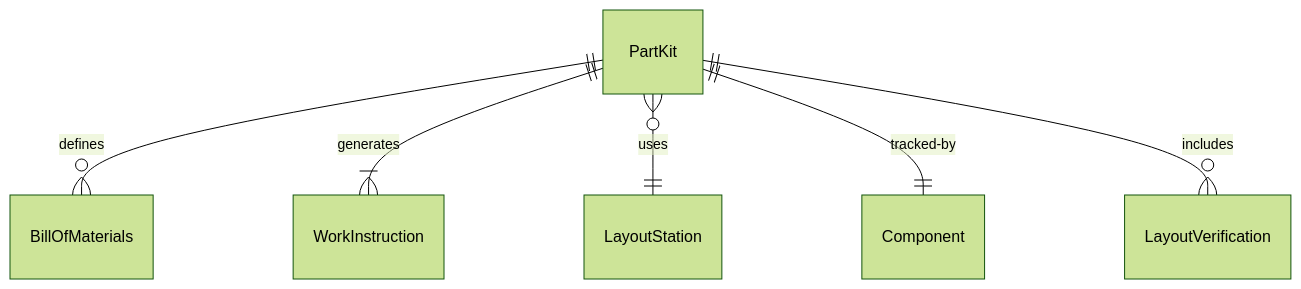
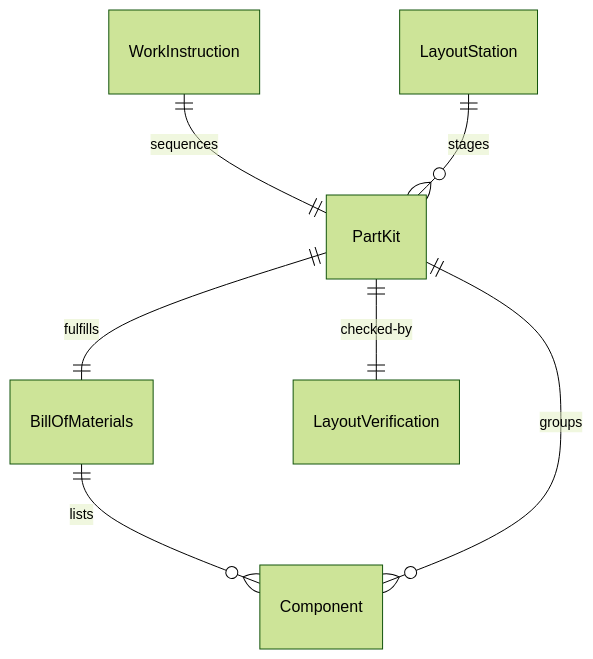
Before and after one commit to dot-org-ai/tasks.org.ai: the first of 4 diagrams in HandlingAndMovingObjects/PositionMaterialsOrComponentsForAssembly/LayOutPartsPrepareAssembly.mdx, drawn with Mermaid (forest theme). The commit also changed other lines of this file and 515 other files, not shown here.

````diff
--- a/HandlingAndMovingObjects/PositionMaterialsOrComponentsForAssembly/LayOutPartsPrepareAssembly.mdx
+++ b/HandlingAndMovingObjects/PositionMaterialsOrComponentsForAssembly/LayOutPartsPrepareAssembly.mdx
@@ -87,8 +87,9 @@
 ```mermaid
 erDiagram
-    PartKit ||--o{ BillOfMaterials : "defines"
-    PartKit ||--|{ WorkInstruction : "generates"
-    PartKit }o--|| LayoutStation : "uses"
-    PartKit ||--|| Component : "tracked-by"
-    PartKit ||--o{ LayoutVerification : "includes"
+    BillOfMaterials ||--o{ Component : "lists"
+    PartKit ||--o{ Component : "groups"
+    PartKit ||--|| BillOfMaterials : "fulfills"
+    WorkInstruction ||--|| PartKit : "sequences"
+    PartKit ||--|| LayoutVerification : "checked-by"
+    LayoutStation ||--o{ PartKit : "stages"
 ```
````
